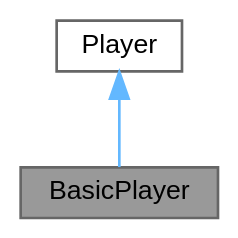
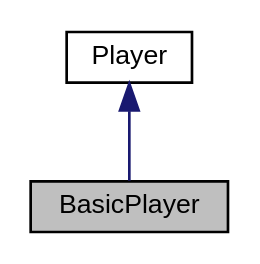
Before and after one commit to jesstyrrell/cosc345: the diagram in class_basic_player__inherit__graph.dot, drawn with Graphviz. The commit also changed 620 other files, not shown here.

```diff
--- a/class_basic_player__inherit__graph.dot
+++ b/class_basic_player__inherit__graph.dot
@@ -1,11 +1,10 @@
 digraph "BasicPlayer"
 {
  // INTERACTIVE_SVG=YES
  // LATEX_PDF_SIZE
-  bgcolor="transparent";
-  edge [fontname=Helvetica,fontsize=10,labelfontname=Helvetica,labelfontsize=10];
-  node [fontname=Helvetica,fontsize=10,shape=box,height=0.2,width=0.4];
-  Node1 [id="Node000001",label="BasicPlayer",height=0.2,width=0.4,color="gray40", fillcolor="grey60", style="filled", fontcolor="black",tooltip=" "];
-  Node2 -> Node1 [id="edge1_Node000001_Node000002",dir="back",color="steelblue1",style="solid",tooltip=" "];
-  Node2 [id="Node000002",label="Player",height=0.2,width=0.4,color="gray40", fillcolor="white", style="filled",URL="$class_player.html",tooltip="Represents a human player in the poker game."];
+  edge [fontname="Helvetica",fontsize="10",labelfontname="Helvetica",labelfontsize="10"];
+  node [fontname="Helvetica",fontsize="10",shape=record];
+  Node1 [label="BasicPlayer",height=0.2,width=0.4,color="black", fillcolor="grey75", style="filled", fontcolor="black",tooltip=" "];
+  Node2 -> Node1 [dir="back",color="midnightblue",fontsize="10",style="solid",fontname="Helvetica"];
+  Node2 [label="Player",height=0.2,width=0.4,color="black", fillcolor="white", style="filled",URL="$class_player.html",tooltip="Represents a human player in the poker game."];
 }
```
